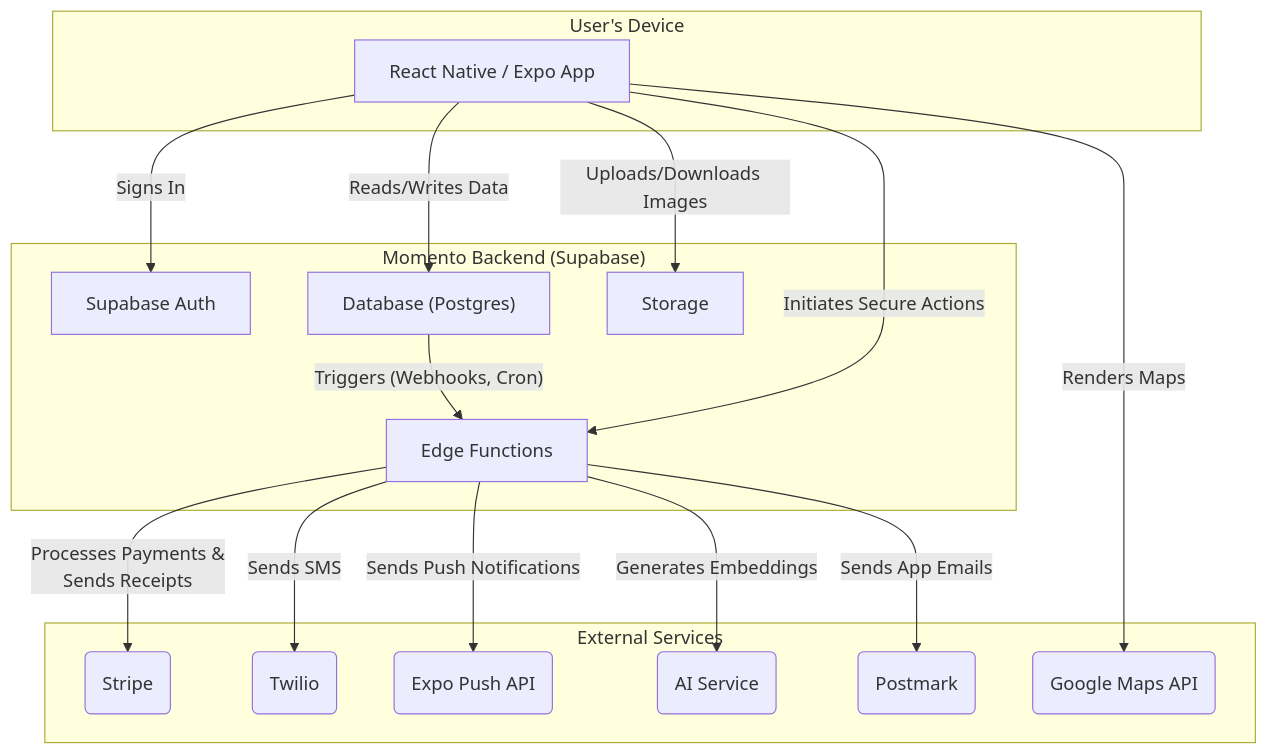
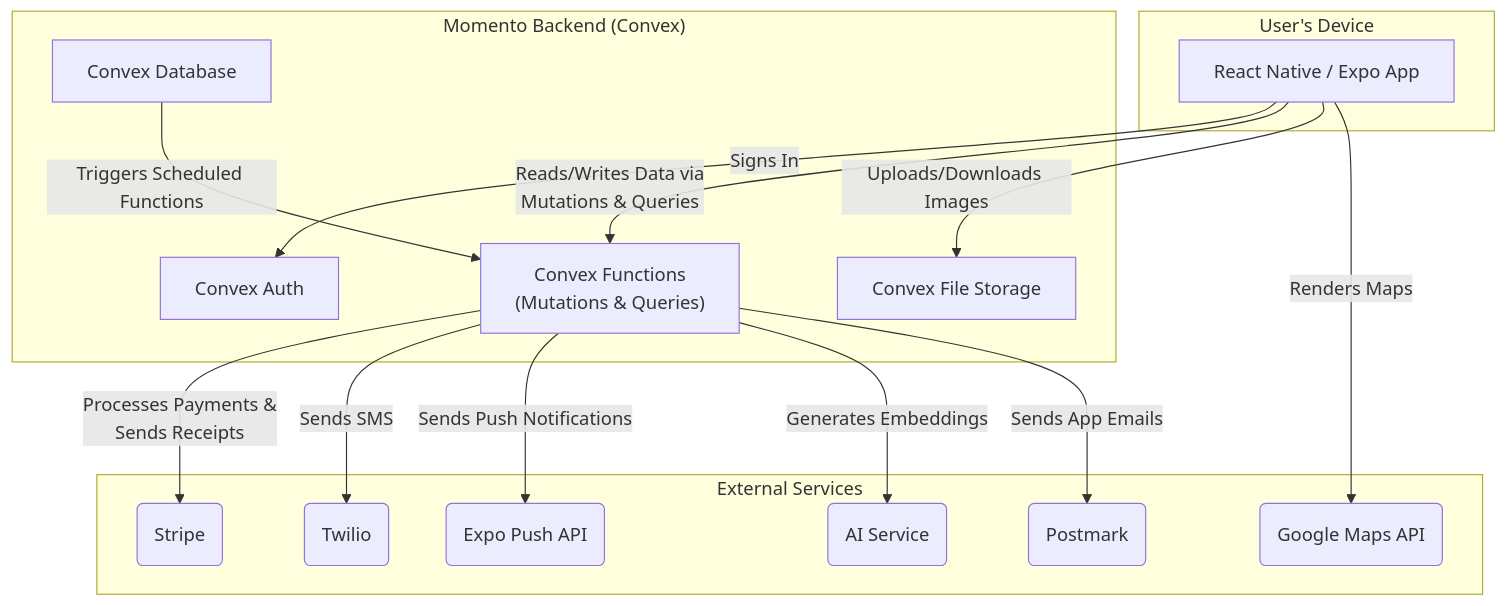
The second of 2 diagrams in _docs/ARCHITECTURE.md (1benisin/Momento), drawn with Mermaid before and after one commit. The commit also changed other lines of this file and 7 other files, not shown here.

First line of the commit message:
docs: Transition documentation from Supabase to Convex backend

````diff
--- a/_docs/ARCHITECTURE.md
+++ b/_docs/ARCHITECTURE.md
@@ -49,36 +49,35 @@
 ```mermaid
 graph TD
     subgraph "User's Device"
         mobile_app["React Native / Expo App"]
     end
 
-    subgraph "Momento Backend (Supabase)"
-        auth["Supabase Auth"]
-        db["Database (Postgres)"]
-        storage["Storage"]
-        functions["Edge Functions"]
+    subgraph "Momento Backend (Convex)"
+        auth["Convex Auth"]
+        db["Convex Database"]
+        storage["Convex File Storage"]
+        functions["Convex Functions<br/>(Mutations & Queries)"]
     end
 
     subgraph "External Services"
         stripe("Stripe")
         twilio("Twilio")
         expo_push("Expo Push API")
         ai_service("AI Service")
         google_maps("Google Maps API")
         postmark("Postmark")
     end
 
     mobile_app -- "Signs In" --> auth
-    mobile_app -- "Reads/Writes Data" --> db
+    mobile_app -- "Reads/Writes Data via<br/>Mutations & Queries" --> functions
     mobile_app -- "Uploads/Downloads Images" --> storage
-    mobile_app -- "Initiates Secure Actions" --> functions
     mobile_app -- "Renders Maps" --> google_maps
 
-    db -- "Triggers (Webhooks, Cron)" --> functions
+    db -- "Triggers Scheduled Functions" --> functions
 
     functions -- "Processes Payments &<br/>Sends Receipts" --> stripe
     functions -- "Sends SMS" --> twilio
     functions -- "Sends Push Notifications" --> expo_push
     functions -- "Generates Embeddings" --> ai_service
     functions -- "Sends App Emails" --> postmark
 ```
````
